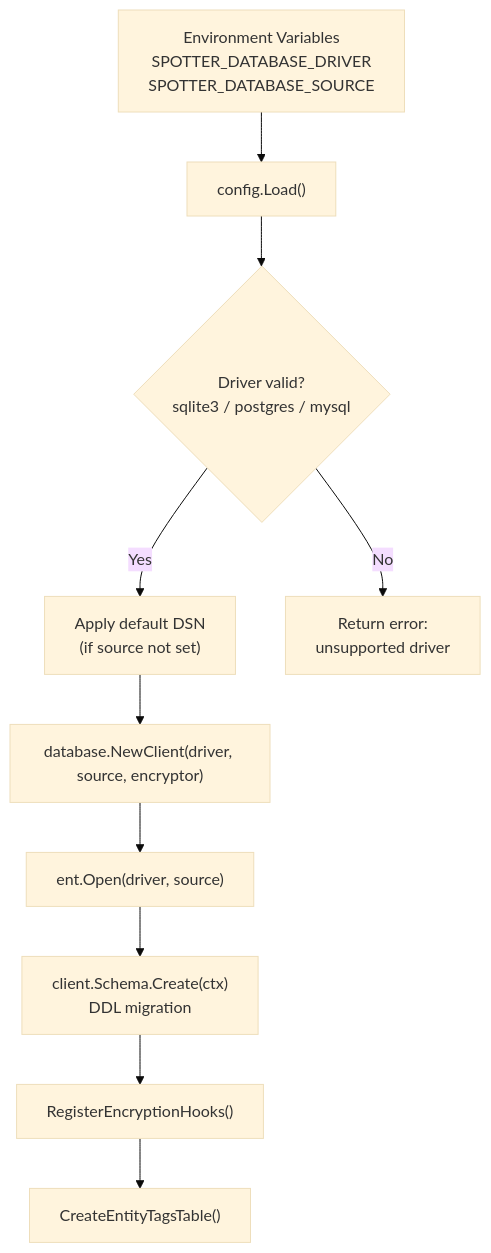
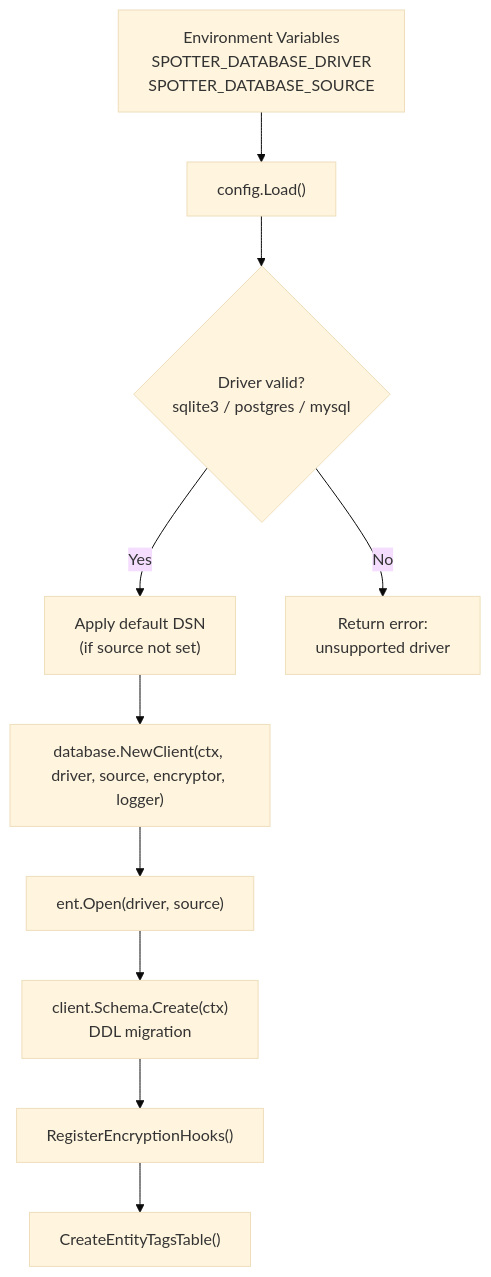
Before and after one commit to joestump-agent/spotter: the first of 2 diagrams in docs/openspec/specs/multi-database-support/design.md, drawn with Mermaid (base theme). The commit also changed other lines of this file and 2 other files, not shown here.

Commit message:
Address review: clarify lazy-open log wording, sync design doc with new NewClient signature
Claude-Session: https://claude.ai/code/session_019Xyerp7w1SH5vG48z93DxN

````diff
--- a/docs/openspec/specs/multi-database-support/design.md
+++ b/docs/openspec/specs/multi-database-support/design.md
@@ -92,23 +92,23 @@
 ```mermaid
 flowchart TD
     ENV["Environment Variables<br/>SPOTTER_DATABASE_DRIVER<br/>SPOTTER_DATABASE_SOURCE"]
     CFG["config.Load()"]
     VAL{"Driver valid?<br/>sqlite3 / postgres / mysql"}
     DSN["Apply default DSN<br/>(if source not set)"]
     ERR["Return error:<br/>unsupported driver"]
-    DB["database.NewClient(driver, source, encryptor)"]
+    DB["database.NewClient(ctx, driver, source, encryptor, logger)"]
     ENT["ent.Open(driver, source)"]
     SCHEMA["client.Schema.Create(ctx)<br/>DDL migration"]
     HOOK["RegisterEncryptionHooks()"]
     TAGS["CreateEntityTagsTable()"]
 
     ENV --> CFG
     CFG --> VAL
     VAL -->|No| ERR
     VAL -->|Yes| DSN
     DSN --> DB
     DB --> ENT
     ENT --> SCHEMA
     SCHEMA --> HOOK
     HOOK --> TAGS
 ```
````
